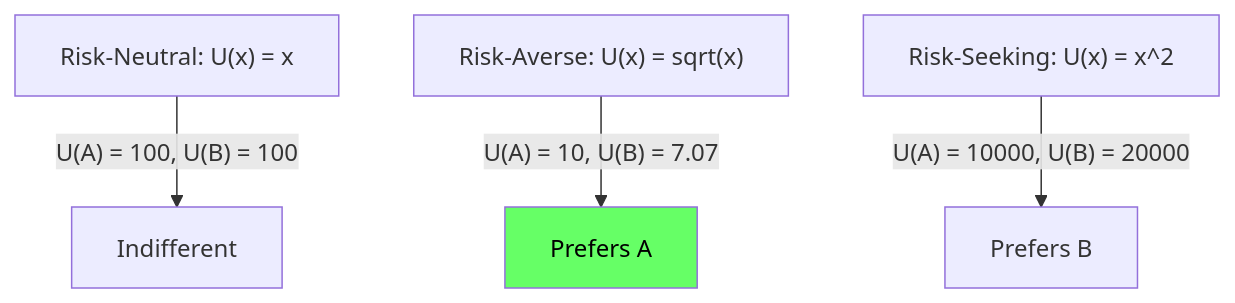
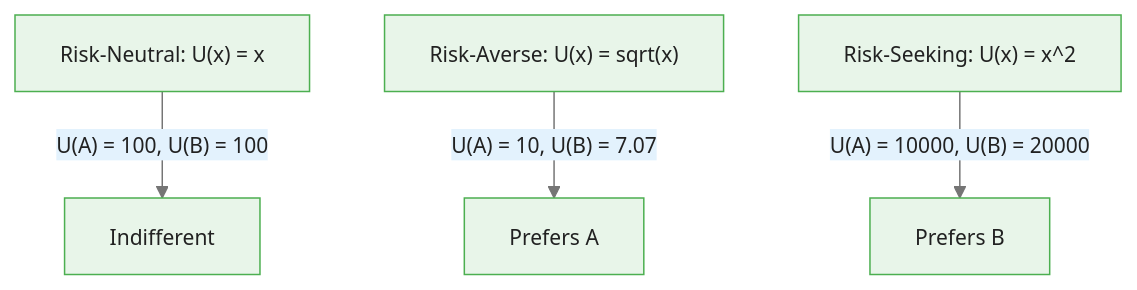
Before and after one commit to m-deane/course-creator: the first of 4 diagrams in courses/multi-armed-bandits-ab-testing/modules/module_00_foundations/guides/03_decision_theory_basics_slides.md, drawn with Mermaid. The commit also changed other lines of this file and 146 other files, not shown here.

````diff
--- a/courses/multi-armed-bandits-ab-testing/modules/module_00_foundations/guides/03_decision_theory_basics_slides.md
+++ b/courses/multi-armed-bandits-ab-testing/modules/module_00_foundations/guides/03_decision_theory_basics_slides.md
@@ -102,7 +126,7 @@
 ```mermaid
+%%{init: {"theme": "base", "themeVariables": {"primaryColor": "#e8f5e9", "primaryBorderColor": "#4caf50", "primaryTextColor": "#212121", "secondaryColor": "#e3f2fd", "tertiaryColor": "#fff8e1", "lineColor": "#757575", "fontFamily": "Inter, sans-serif", "fontSize": "14px"}}}%%
 flowchart TD
     RN["Risk-Neutral: U(x) = x"] --> |"U(A) = 100, U(B) = 100"| I["Indifferent"]
     RA["Risk-Averse: U(x) = sqrt(x)"] --> |"U(A) = 10, U(B) = 7.07"| PA["Prefers A"]
     RS["Risk-Seeking: U(x) = x^2"] --> |"U(A) = 10000, U(B) = 20000"| PB["Prefers B"]
-    style PA fill:#6f6,color:#000
 ```
````
